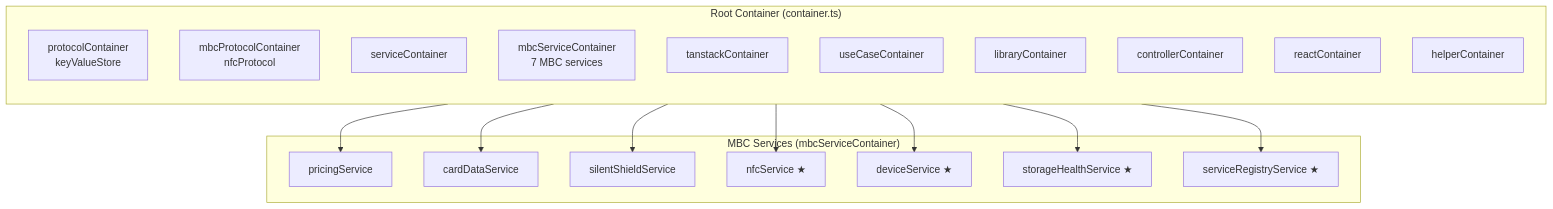
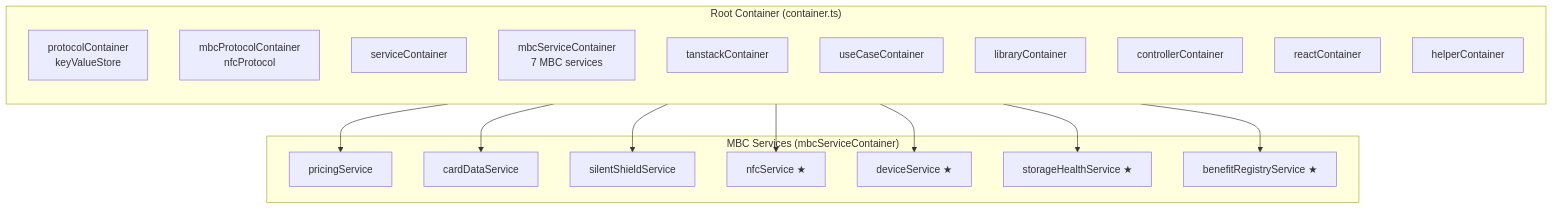
One commit to widdestoyud/assesment-s1-2026 changed the third of 5 diagrams in docs/wiki/membership-benefit-card/09-Phase-Reports/Phase-3-Report.md. Above: the diagram before and after it, drawn with Mermaid. The commit also changed other lines of this file and 31 other files, not shown here.

First line of the commit message:
docs(mbc): Update all documentation for ServiceType to BenefitType rename

````diff
--- a/docs/wiki/membership-benefit-card/09-Phase-Reports/Phase-3-Report.md
+++ b/docs/wiki/membership-benefit-card/09-Phase-Reports/Phase-3-Report.md
@@ -168,34 +168,34 @@
 ```mermaid
 graph TB
     subgraph "Root Container (container.ts)"
         direction TB
         PC[protocolContainer<br/>keyValueStore]
         MPC[mbcProtocolContainer<br/>nfcProtocol]
         SC[serviceContainer]
         MSC[mbcServiceContainer<br/>7 MBC services]
         TC[tanstackContainer]
         UC[useCaseContainer]
         LC[libraryContainer]
         CC[controllerContainer]
         RC[reactContainer]
         HC[helperContainer]
     end
 
     subgraph "MBC Services (mbcServiceContainer)"
         PS[pricingService]
         CDS[cardDataService]
         SSS[silentShieldService]
         NS[nfcService ★]
         DS[deviceService ★]
         SHS[storageHealthService ★]
-        SRS[serviceRegistryService ★]
+        SRS[benefitRegistryService ★]
     end
 
     MSC --> PS
     MSC --> CDS
     MSC --> SSS
     MSC --> NS
     MSC --> DS
     MSC --> SHS
     MSC --> SRS
 ```
````
